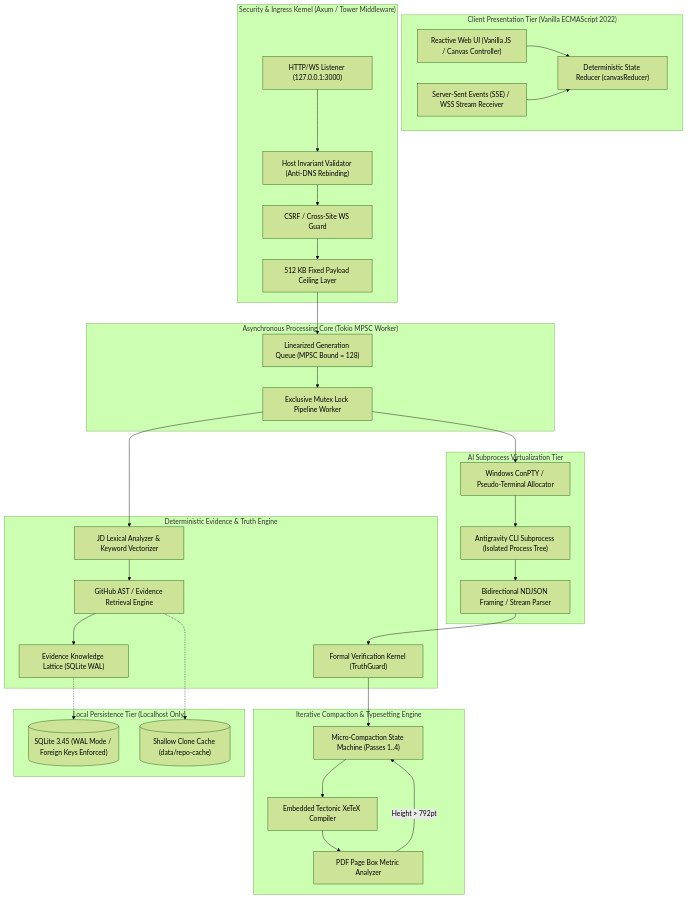
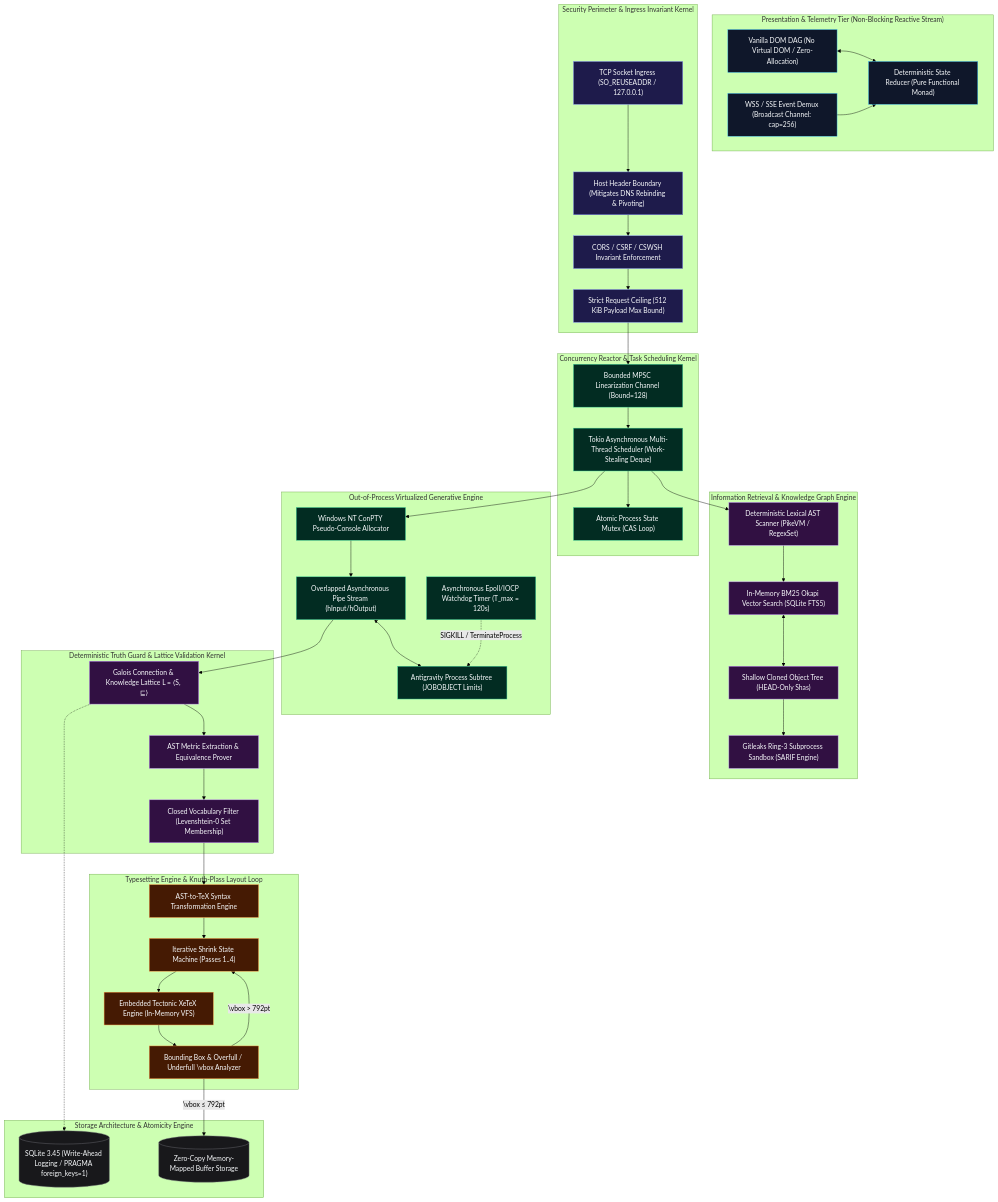
One commit to DevKano98/ResumeForge changed the first of 3 diagrams in README.md. Above: the diagram before and after it, drawn with Mermaid (forest theme). The commit also changed other lines of this file, not shown here.

Commit message:
docs: formalize systems architecture with Galois lattices, Knuth-Plass dynamics, and Windows NT ConPTY internals

````diff
--- a/README.md
+++ b/README.md
@@ -12,59 +12,75 @@
 ```mermaid
 flowchart TD
-    subgraph Client ["Client Presentation Tier (Vanilla ECMAScript 2022)"]
-        UI["Reactive Web UI (Vanilla JS / Canvas Controller)"]
-        SSE["Server-Sent Events (SSE) / WSS Stream Receiver"]
-        Reducer["Deterministic State Reducer (canvasReducer)"]
-        UI --> Reducer
-        SSE --> Reducer
+    classDef client fill:#0f172a,stroke:#38bdf8,stroke-width:1px,color:#f8fafc;
+    classDef ingress fill:#1e1b4b,stroke:#818cf8,stroke-width:1px,color:#f8fafc;
+    classDef runtime fill:#022c22,stroke:#34d399,stroke-width:1px,color:#f8fafc;
+    classDef engine fill:#311042,stroke:#c084fc,stroke-width:1px,color:#f8fafc;
+    classDef typeset fill:#451a03,stroke:#fb923c,stroke-width:1px,color:#f8fafc;
+    classDef storage fill:#18181b,stroke:#71717a,stroke-width:1px,color:#f8fafc;
+
+    subgraph Tier0 ["Presentation & Telemetry Tier (Non-Blocking Reactive Stream)"]
+        SPA["Vanilla DOM DAG (No Virtual DOM / Zero-Allocation)"]:::client
+        SSEBus["WSS / SSE Event Demux (Broadcast Channel: cap=256)"]:::client
+        Reducer["Deterministic State Reducer (Pure Functional Monad)"]:::client
+        SPA <--> Reducer
+        SSEBus --> Reducer
     end
 
-    subgraph SecurityKernel ["Security & Ingress Kernel (Axum / Tower Middleware)"]
-        Ingress["HTTP/WS Listener (127.0.0.1:3000)"]
-        HostFilter["Host Invariant Validator (Anti-DNS Rebinding)"]
-        OriginFilter["CSRF / Cross-Site WS Guard"]
-        BodyCap["512 KB Fixed Payload Ceiling Layer"]
-        Ingress --> HostFilter --> OriginFilter --> BodyCap
+    subgraph Tier1 ["Security Perimeter & Ingress Invariant Kernel"]
+        SocketIngress["TCP Socket Ingress (SO_REUSEADDR / 127.0.0.1)"]:::ingress
+        HostValidation["Host Header Boundary (Mitigates DNS Rebinding & Pivoting)"]:::ingress
+        OriginVerification["CORS / CSRF / CSWSH Invariant Enforcement"]:::ingress
+        BufferFloor["Strict Request Ceiling (512 KiB Payload Max Bound)"]:::ingress
+        SocketIngress --> HostValidation --> OriginVerification --> BufferFloor
     end
 
-    subgraph PipelineCore ["Asynchronous Processing Core (Tokio MPSC Worker)"]
-        Queue["Linearized Generation Queue (MPSC Bound = 128)"]
-        Worker["Exclusive Mutex Lock Pipeline Worker"]
-        BodyCap --> Queue --> Worker
+    subgraph Tier2 ["Concurrency Reactor & Task Scheduling Kernel"]
+        WorkerPool["Tokio Asynchronous Multi-Thread Scheduler (Work-Stealing Deque)"]:::runtime
+        FIFOQueue["Bounded MPSC Linearization Channel (Bound=128)"]:::runtime
+        LockFreeMut["Atomic Process State Mutex (CAS Loop)"]:::runtime
+        BufferFloor --> FIFOQueue --> WorkerPool --> LockFreeMut
     end
 
-    subgraph GroundingEngine ["Deterministic Evidence & Truth Engine"]
-        JDExtract["JD Lexical Analyzer & Keyword Vectorizer"]
-        RepoIndex["GitHub AST / Evidence Retrieval Engine"]
-        TruthGuard["Formal Verification Kernel (TruthGuard)"]
-        Lattice["Evidence Knowledge Lattice (SQLite WAL)"]
-        Worker --> JDExtract
-        JDExtract --> RepoIndex
-        RepoIndex --> Lattice
+    subgraph Tier3 ["Information Retrieval & Knowledge Graph Engine"]
+        JDTokenizer["Deterministic Lexical AST Scanner (PikeVM / RegexSet)"]:::engine
+        FTS5Engine["In-Memory BM25 Okapi Vector Search (SQLite FTS5)"]:::engine
+        SecretScanner["Gitleaks Ring-3 Subprocess Sandbox (SARIF Engine)"]:::engine
+        RepoCache["Shallow Cloned Object Tree (HEAD-Only Shas)"]:::engine
+        WorkerPool --> JDTokenizer --> FTS5Engine
+        FTS5Engine <--> RepoCache
+        RepoCache --> SecretScanner
     end
 
-    subgraph VirtualizedAI ["AI Subprocess Virtualization Tier"]
-        PTY["Windows ConPTY / Pseudo-Terminal Allocator"]
-        IPC["Bidirectional NDJSON Framing / Stream Parser"]
-        AGY["Antigravity CLI Subprocess (Isolated Process Tree)"]
-        Worker --> PTY --> AGY
-        AGY --> IPC --> TruthGuard
+    subgraph Tier4 ["Out-of-Process Virtualized Generative Engine"]
+        ConPtyCore["Windows NT ConPTY Pseudo-Console Allocator"]:::runtime
+        AsyncPipe["Overlapped Asynchronous Pipe Stream (hInput/hOutput)"]:::runtime
+        AgySubprocess["Antigravity Process Subtree (JOBOBJECT Limits)"]:::runtime
+        Watchdog["Asynchronous Epoll/IOCP Watchdog Timer (T_max = 120s)"]:::runtime
+        WorkerPool --> ConPtyCore --> AsyncPipe <--> AgySubprocess
+        Watchdog -.->|"SIGKILL / TerminateProcess"| AgySubprocess
     end
 
-    subgraph TypesetEngine ["Iterative Compaction & Typesetting Engine"]
-        Tectonic["Embedded Tectonic XeTeX Compiler"]
-        BoundingBox["PDF Page Box Metric Analyzer"]
-        Compaction["Micro-Compaction State Machine (Passes 1..4)"]
-        TruthGuard --> Compaction
-        Compaction --> Tectonic
-        Tectonic --> BoundingBox
-        BoundingBox -- "Height > 792pt" --> Compaction
+    subgraph Tier5 ["Deterministic Truth Guard & Lattice Validation Kernel"]
+        ProofLattice["Galois Connection & Knowledge Lattice L = ⟨S, ⊑⟩"]:::engine
+        MetricsGuard["AST Metric Extraction & Equivalence Prover"]:::engine
+        VocabGuard["Closed Vocabulary Filter (Levenshtein-0 Set Membership)"]:::engine
+        AsyncPipe --> ProofLattice --> MetricsGuard --> VocabGuard
     end
 
-    subgraph Storage ["Local Persistence Tier (Localhost Only)"]
-        SQLite[("SQLite 3.45 (WAL Mode / Foreign Keys Enforced)")]
-        RepoCache[("Shallow Clone Cache (data/repo-cache)")]
-        Lattice -.-> SQLite
-        RepoIndex -.-> RepoCache
+    subgraph Tier6 ["Typesetting Engine & Knuth-Plass Layout Loop"]
+        ASTHydration["AST-to-TeX Syntax Transformation Engine"]:::typeset
+        TectonicKernel["Embedded Tectonic XeTeX Engine (In-Memory VFS)"]:::typeset
+        PageAnalyzer["Bounding Box & Overfull / Underfull \vbox Analyzer"]:::typeset
+        MicroCompaction["Iterative Shrink State Machine (Passes 1..4)"]:::typeset
+        VocabGuard --> ASTHydration --> MicroCompaction
+        MicroCompaction --> TectonicKernel --> PageAnalyzer
+        PageAnalyzer -- "\vbox > 792pt" --> MicroCompaction
+    end
+
+    subgraph Tier7 ["Storage Architecture & Atomicity Engine"]
+        SQLiteEngine[("SQLite 3.45 (Write-Ahead Logging / PRAGMA foreign_keys=1)")]:::storage
+        ArtifactStore[("Zero-Copy Memory-Mapped Buffer Storage")]:::storage
+        PageAnalyzer -- "\vbox ≤ 792pt" --> ArtifactStore
+        ProofLattice -.-> SQLiteEngine
     end
 ```
````
